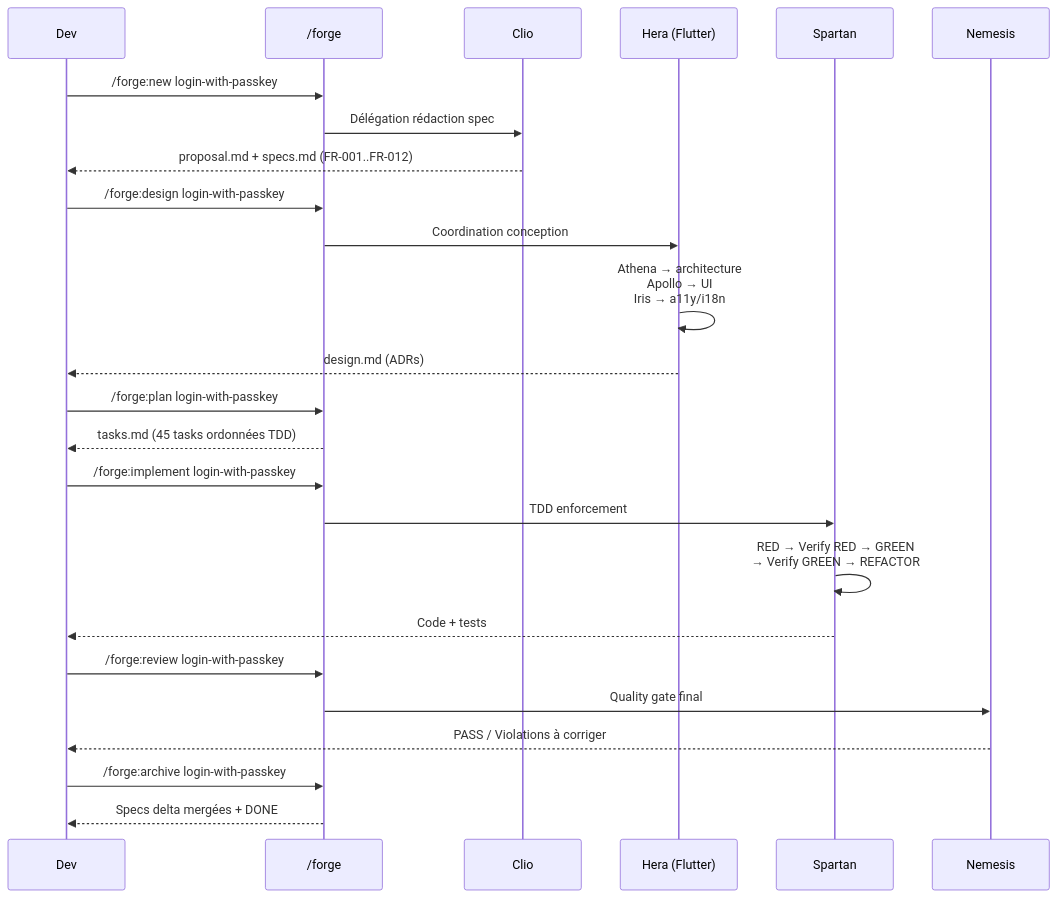
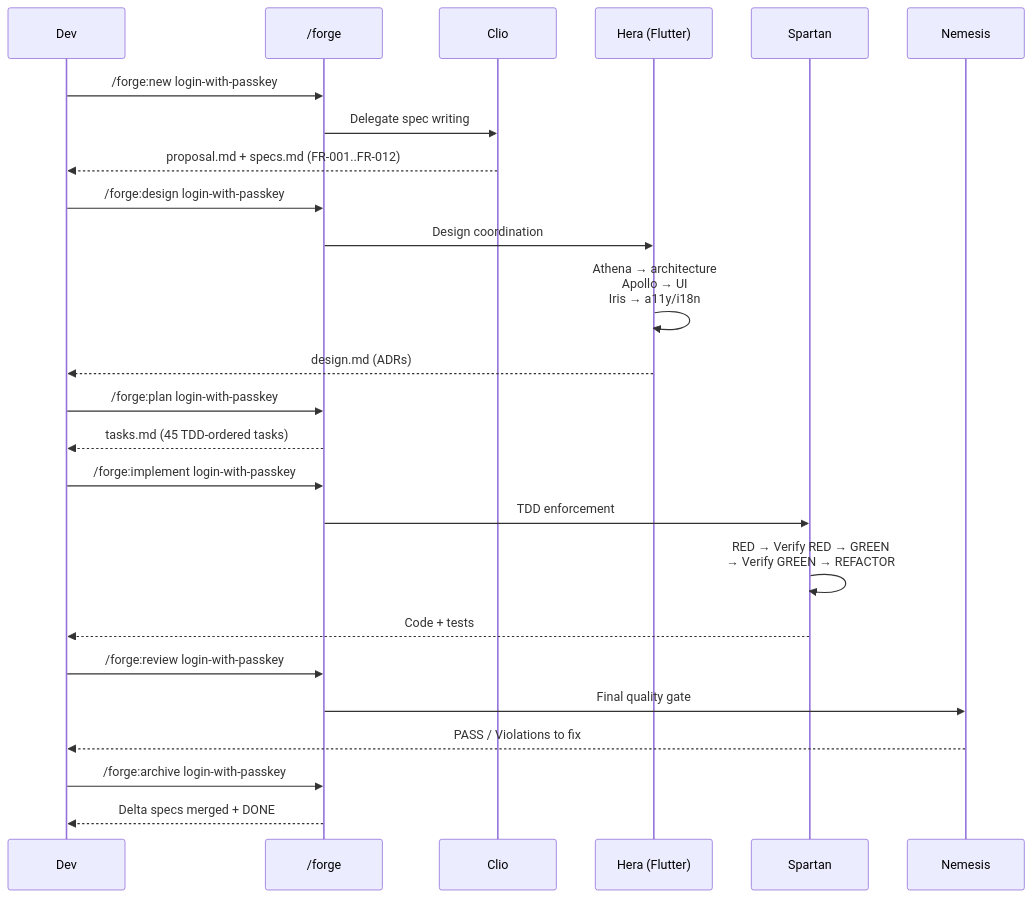
One commit to b-fontaine/forge changed the eighth of 9 diagrams in docs/medium.md. Above: the diagram before and after it, drawn with Mermaid. The commit also changed other lines of this file and 8 other files, not shown here.

````diff
--- a/docs/medium.md
+++ b/docs/medium.md
@@ -463,28 +463,28 @@
 ```mermaid
 sequenceDiagram
     participant Dev
     participant Forge as /forge
     participant Clio
     participant Hera as Hera (Flutter)
     participant Spartan
     participant Nemesis
 
     Dev->>Forge: /forge:new login-with-passkey
-    Forge->>Clio: Délégation rédaction spec
+    Forge->>Clio: Delegate spec writing
     Clio-->>Dev: proposal.md + specs.md (FR-001..FR-012)
     Dev->>Forge: /forge:design login-with-passkey
-    Forge->>Hera: Coordination conception
+    Forge->>Hera: Design coordination
     Hera->>Hera: Athena → architecture<br/>Apollo → UI<br/>Iris → a11y/i18n
     Hera-->>Dev: design.md (ADRs)
     Dev->>Forge: /forge:plan login-with-passkey
-    Forge-->>Dev: tasks.md (45 tasks ordonnées TDD)
+    Forge-->>Dev: tasks.md (45 TDD-ordered tasks)
     Dev->>Forge: /forge:implement login-with-passkey
     Forge->>Spartan: TDD enforcement
     Spartan->>Spartan: RED → Verify RED → GREEN<br/>→ Verify GREEN → REFACTOR
     Spartan-->>Dev: Code + tests
     Dev->>Forge: /forge:review login-with-passkey
-    Forge->>Nemesis: Quality gate final
-    Nemesis-->>Dev: PASS / Violations à corriger
+    Forge->>Nemesis: Final quality gate
+    Nemesis-->>Dev: PASS / Violations to fix
     Dev->>Forge: /forge:archive login-with-passkey
-    Forge-->>Dev: Specs delta mergées + DONE
+    Forge-->>Dev: Delta specs merged + DONE
 ```
````
